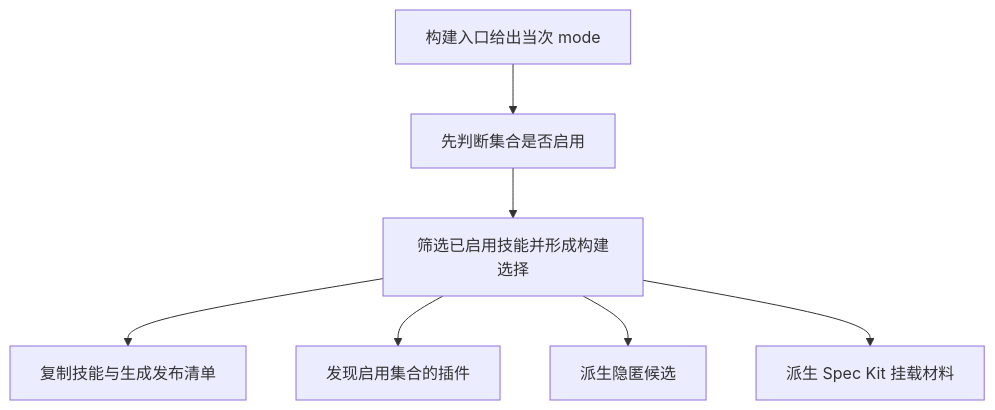
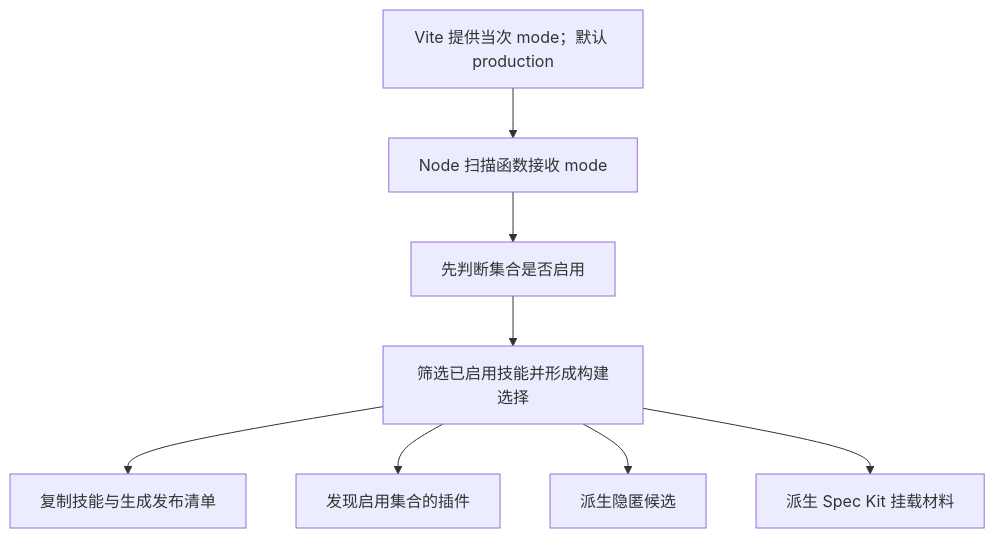
Before and after one commit to Ena-Heleneto/agent-foundry: the first of 3 diagrams in specs/skills/003-skills-release-pipeline/diagrams.md, drawn with Mermaid. The commit also changed other lines of this file and 200 other files, not shown here.

````diff
--- a/specs/skills/003-skills-release-pipeline/diagrams.md
+++ b/specs/skills/003-skills-release-pipeline/diagrams.md
@@ -9,15 +9,16 @@
 ```mermaid
 flowchart TD
-    entry["构建入口给出当次 mode"]
+    entry["Vite 提供当次 mode；默认 production"]
+    environment["Node 扫描函数接收 mode"]
     collection["先判断集合是否启用"]
     selection["筛选已启用技能并形成构建选择"]
     skills["复制技能与生成发布清单"]
     plugins["发现启用集合的插件"]
     hidden["派生隐匿候选"]
     mount["派生 Spec Kit 挂载材料"]
-    entry --> collection --> selection
+    entry --> environment --> collection --> selection
     selection --> skills
     selection --> plugins
     selection --> hidden
     selection --> mount
 ```
````
